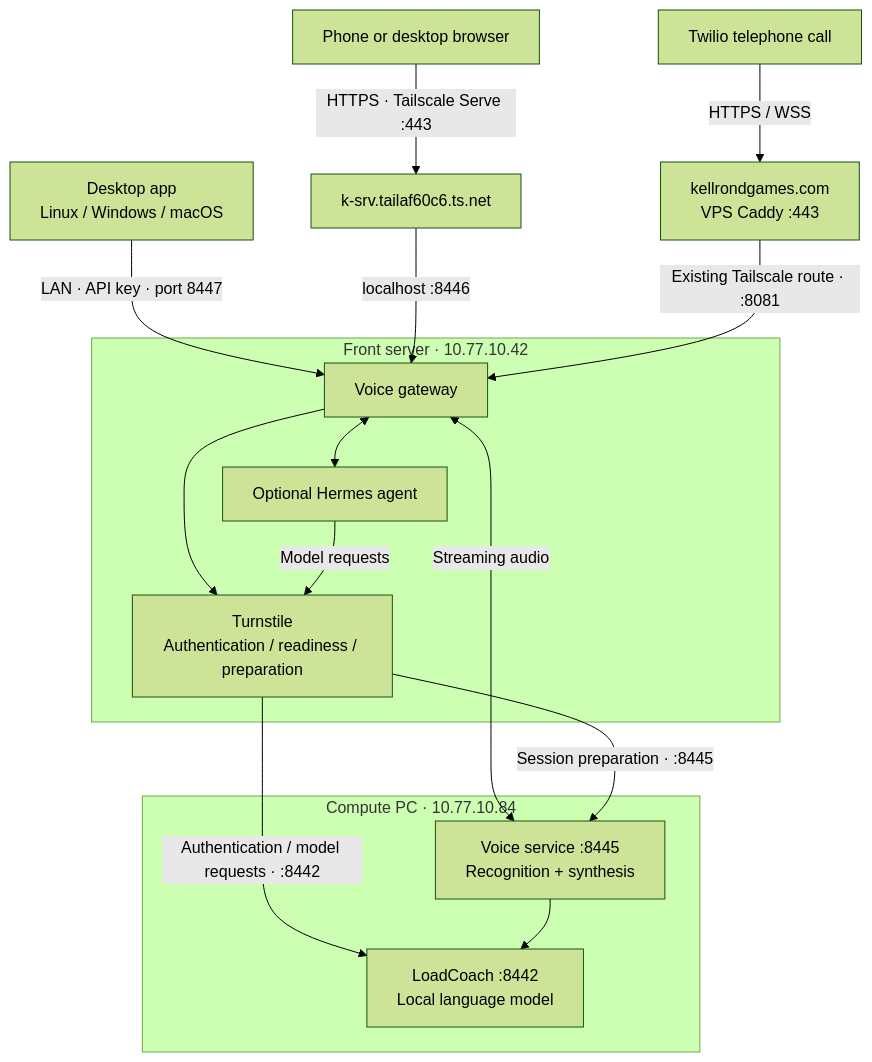
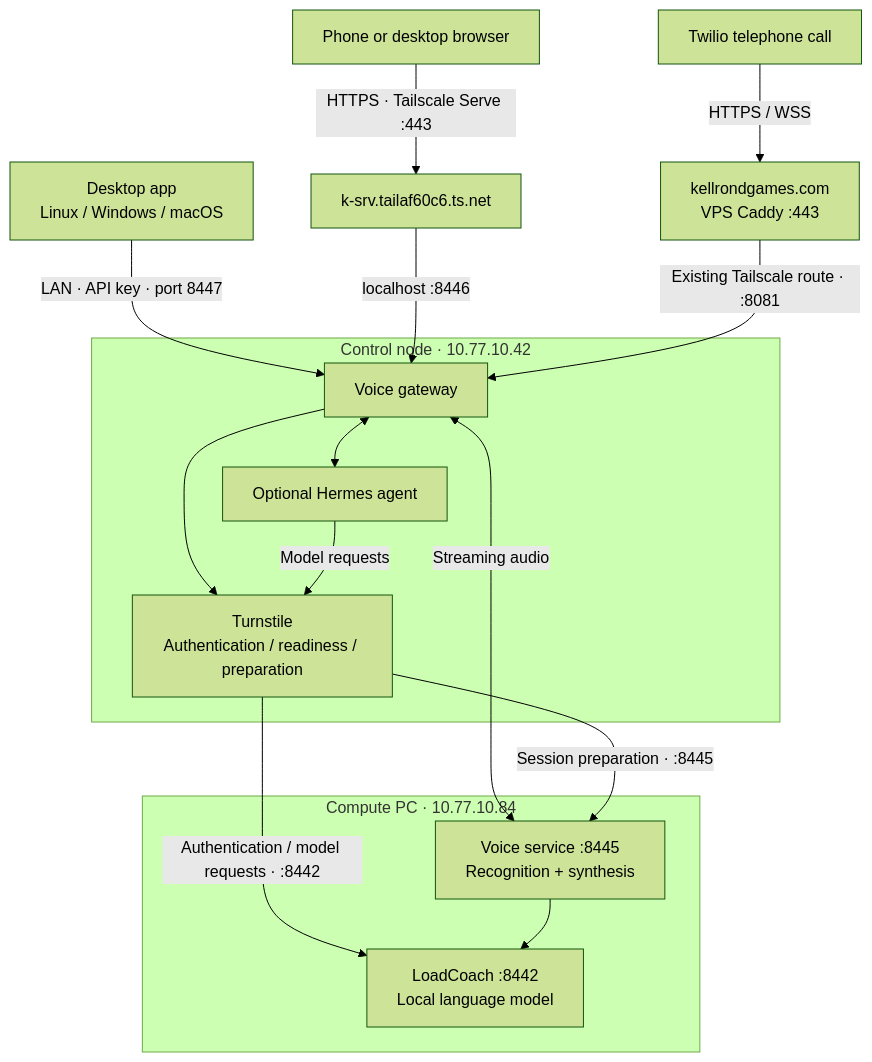
Before and after one commit to JPKell/openWeightGym: the first of 2 diagrams in voice/README.md, drawn with Mermaid (forest theme). The commit also changed other lines of this file and 215 other files, not shown here.

First line of the commit message:
Rename front machine terminology to control node

````diff
--- a/voice/README.md
+++ b/voice/README.md
@@ -13,31 +13,31 @@
 ```mermaid
 flowchart TD
     Desktop["Desktop app<br/>Linux / Windows / macOS"]
     Browser["Phone or desktop browser"]
     Twilio["Twilio telephone call"]
 
     Desktop -->|"LAN · API key · port 8447"| Gateway
     Browser -->|"HTTPS · Tailscale Serve :443"| Serve["k-srv.tailaf60c6.ts.net"]
     Serve -->|"localhost :8446"| Gateway
     Twilio -->|"HTTPS / WSS"| VPS["kellrondgames.com<br/>VPS Caddy :443"]
     VPS -->|"Existing Tailscale route · :8081"| Gateway
 
-    subgraph Front["Front server · 10.77.10.42"]
+    subgraph Control node["Control node · 10.77.10.42"]
         Gateway["Voice gateway"]
         Turnstile["Turnstile<br/>Authentication / readiness / preparation"]
         Hermes["Optional Hermes agent"]
         Gateway --> Turnstile
         Gateway <--> Hermes
     end
 
     subgraph Compute["Compute PC · 10.77.10.84"]
         Voice["Voice service :8445<br/>Recognition + synthesis"]
         Model["LoadCoach :8442<br/>Local language model"]
     end
 
     Gateway <-->|"Streaming audio"| Voice
     Turnstile -->|"Session preparation · :8445"| Voice
     Turnstile -->|"Authentication / model requests · :8442"| Model
     Voice --> Model
     Hermes -->|"Model requests"| Turnstile
 ```
````
